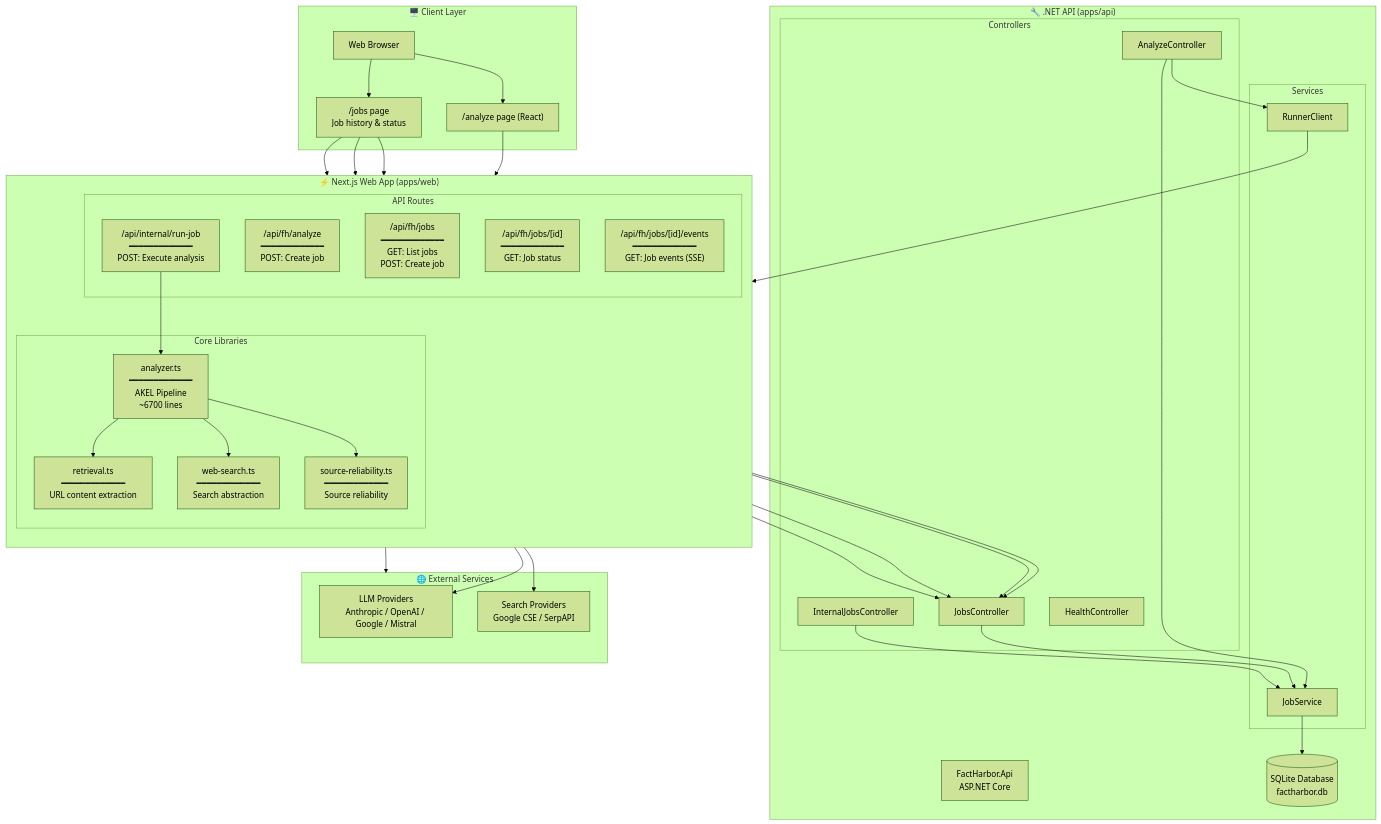
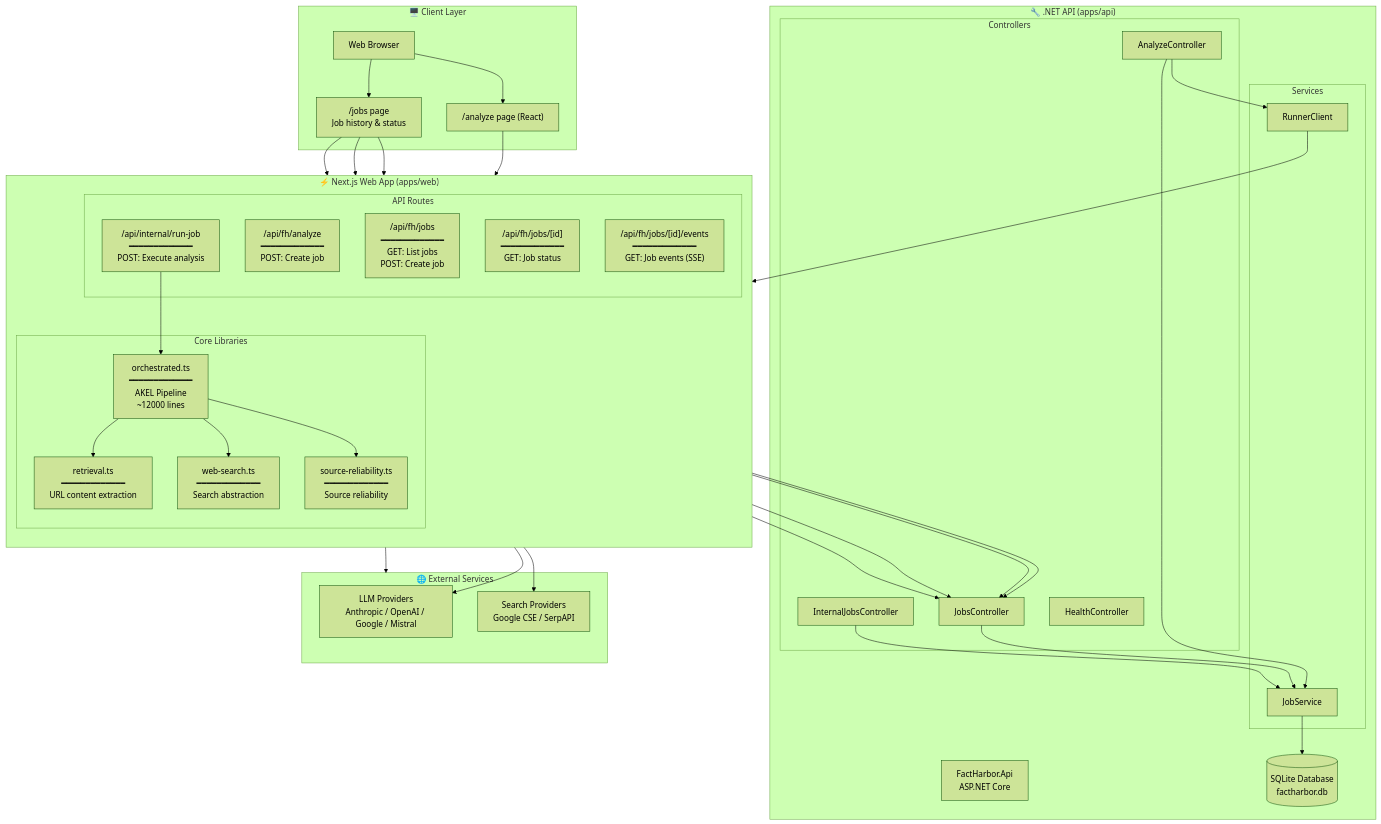
One commit to robertschaub/FactHarbor changed the sixth of 8 diagrams in Docs/ARCHITECTURE/Overview.md. Above: the diagram before and after it, drawn with Mermaid (forest theme). The commit also changed other lines of this file and 90 other files, not shown here.

```diff
--- a/Docs/ARCHITECTURE/Overview.md
+++ b/Docs/ARCHITECTURE/Overview.md
@@ -447,10 +447,10 @@
         end
 
         subgraph Lib["Core Libraries"]
-            ANALYZER["analyzer.ts<br/>━━━━━━━━━━━━━<br/>AKEL Pipeline<br/>~6700 lines"]
+            ANALYZER["orchestrated.ts<br/>━━━━━━━━━━━━━<br/>AKEL Pipeline<br/>~12000 lines"]
             RETRIEVAL["retrieval.ts<br/>━━━━━━━━━━━━━<br/>URL content extraction"]
             WEBSEARCH["web-search.ts<br/>━━━━━━━━━━━━━<br/>Search abstraction"]
-            MBFC["source-reliability.ts<br/>━━━━━━━━━━━━━<br/>Source reliability"]
+            SR["source-reliability.ts<br/>━━━━━━━━━━━━━<br/>Source reliability"]
         end
     end
 
@@ -494,7 +494,7 @@
 
     ANALYZER --> RETRIEVAL
     ANALYZER --> WEBSEARCH
-    ANALYZER --> MBFC
+    ANALYZER --> SR
 
     %% .NET internal
     ANALYZE_CTRL --> JOB_SVC
```
